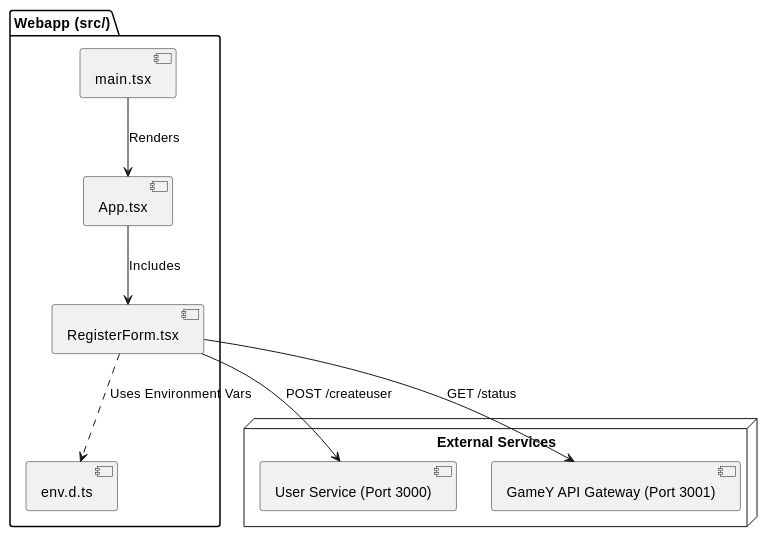
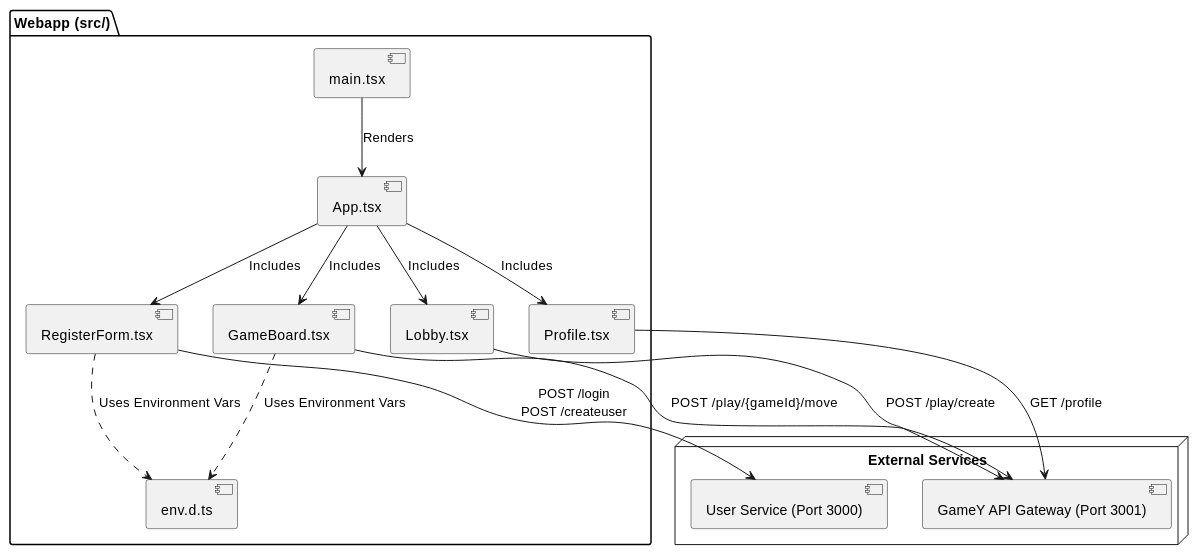
One commit to Arquisoft/yovi_en1a changed the second of 4 diagrams in docs/src/05_building_block_view.adoc. Above: the diagram before and after it, drawn with PlantUML. The commit also changed other lines of this file, not shown here.

```diff
--- a/docs/src/05_building_block_view.adoc
+++ b/docs/src/05_building_block_view.adoc
@@ -54,22 +54,31 @@
 [plantuml, webapp-level2, png]
 ----
 @startuml
 package "Webapp (src/)" {
 [main.tsx] as main
 [App.tsx] as app
 [RegisterForm.tsx] as form
+[Lobby.tsx] as lobby
+[GameBoard.tsx] as board
+[Profile.tsx] as profile
 [env.d.ts] as env
 }
 
 node "External Services" {
 [User Service (Port 3000)] as usersvc
 [GameY API Gateway (Port 3001)] as gameyapi
 }
 
 main --> app : "Renders"
 app --> form : "Includes"
+app --> lobby : "Includes"
+app --> board : "Includes"
+app --> profile : "Includes"
 form ..> env : "Uses Environment Vars"
-form --> usersvc : "POST /createuser"
-form --> gameyapi : "GET /status"
+board ..> env : "Uses Environment Vars"
+form --> usersvc : "POST /login\nPOST /createuser"
+board --> gameyapi : "POST /play/{gameId}/move"
+lobby --> gameyapi : "POST /play/create"
+profile --> gameyapi : "GET /profile"
 @enduml
 ----
```
